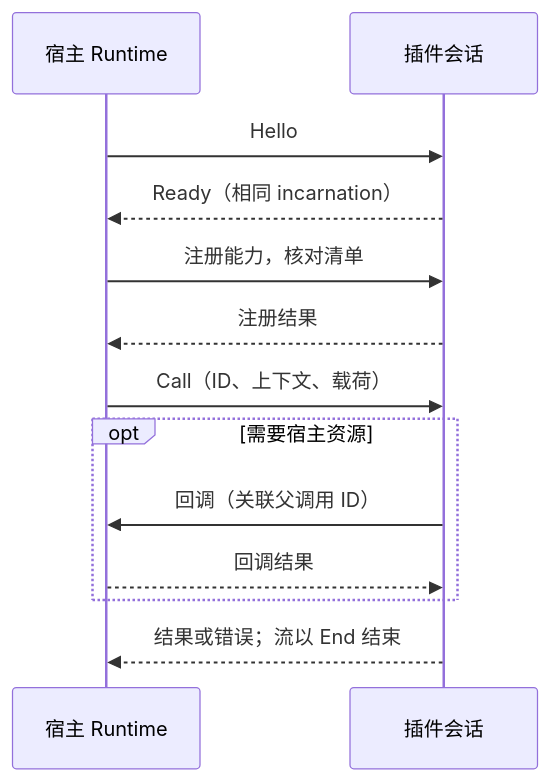
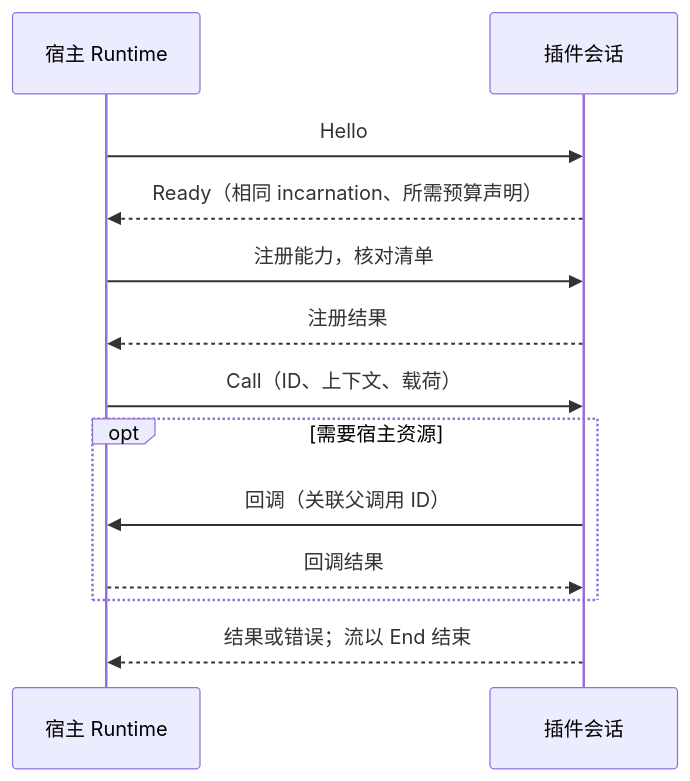
The diagram in backend/crates/gateway-plugin/sdk/README.md (DNAlec/codex-proxy-rs), drawn with Mermaid before and after one commit. The commit also changed other lines of this file and 58 other files, not shown here.

````diff
--- a/backend/crates/gateway-plugin/sdk/README.md
+++ b/backend/crates/gateway-plugin/sdk/README.md
@@ -62,15 +62,15 @@
 ```mermaid
 sequenceDiagram
   participant H as 宿主 Runtime
   participant P as 插件会话
   H->>P: Hello
-  P-->>H: Ready（相同 incarnation）
+  P-->>H: Ready（相同 incarnation、所需预算声明）
   H->>P: 注册能力，核对清单
   P-->>H: 注册结果
   H->>P: Call（ID、上下文、载荷）
   opt 需要宿主资源
     P->>H: 回调（关联父调用 ID）
     H-->>P: 回调结果
   end
   P-->>H: 结果或错误；流以 End 结束
 ```
````
